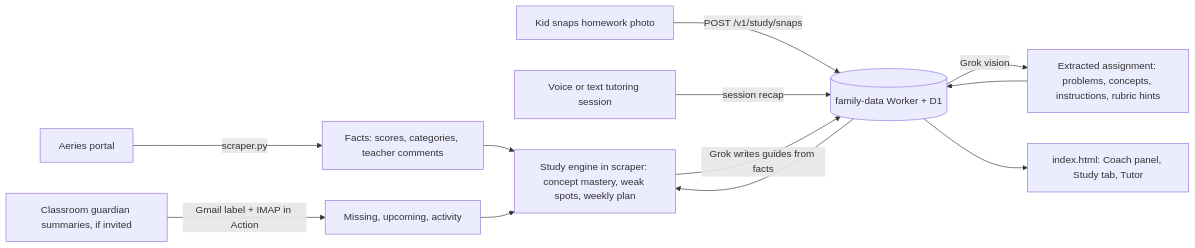
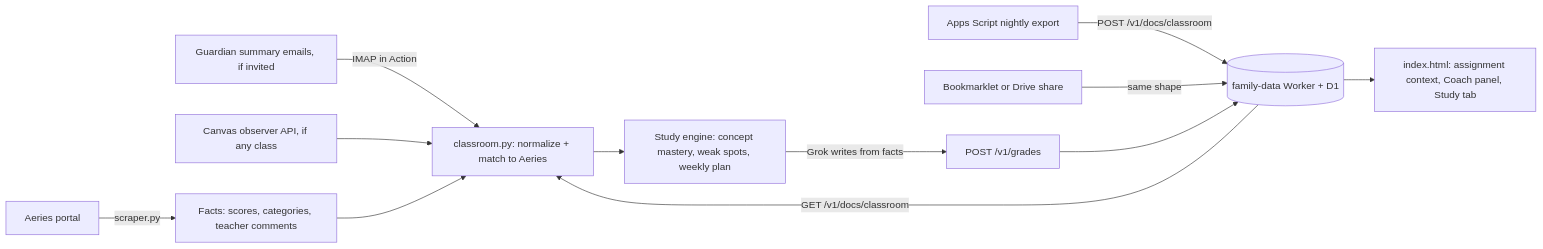
One commit to davidcasas82/aeries-dashboard changed the diagram in docs/proactive-study-plan.md. Above: the diagram before and after it, drawn with Mermaid. The commit also changed other lines of this file, not shown here.

Commit message:
Reorder plan: Classroom context first, Snap & Tutor as separate track

````diff
--- a/docs/proactive-study-plan.md
+++ b/docs/proactive-study-plan.md
@@ -49,14 +50,14 @@
 ```mermaid
 flowchart LR
   aeries[Aeries portal] -->|scraper.py| facts[Facts: scores, categories, teacher comments]
-  snap[Kid snaps homework photo] -->|POST /v1/study/snaps| worker[(family-data Worker + D1)]
-  worker -->|Grok vision| extract[Extracted assignment: problems, concepts, instructions, rubric hints]
-  extract --> worker
-  tutor[Voice or text tutoring session] -->|session recap| worker
-  digest[Classroom guardian summaries, if invited] -->|Gmail label + IMAP in Action| classroomMeta[Missing, upcoming, activity]
-  facts --> engine[Study engine in scraper: concept mastery, weak spots, weekly plan]
-  worker --> engine
-  classroomMeta --> engine
-  engine -->|Grok writes guides from facts| worker
-  worker --> page[index.html: Coach panel, Study tab, Tutor]
+  appsScript[Apps Script nightly export] -->|POST /v1/docs/classroom| worker[(family-data Worker + D1)]
+  bookmarklet[Bookmarklet or Drive share] -->|same shape| worker
+  digest[Guardian summary emails, if invited] -->|IMAP in Action| normalize[classroom.py: normalize + match to Aeries]
+  canvas[Canvas observer API, if any class] --> normalize
+  worker -->|GET /v1/docs/classroom| normalize
+  facts --> normalize
+  normalize --> engine[Study engine: concept mastery, weak spots, weekly plan]
+  engine -->|Grok writes from facts| publish[POST /v1/grades]
+  publish --> worker
+  worker --> page[index.html: assignment context, Coach panel, Study tab]
 ```
````
